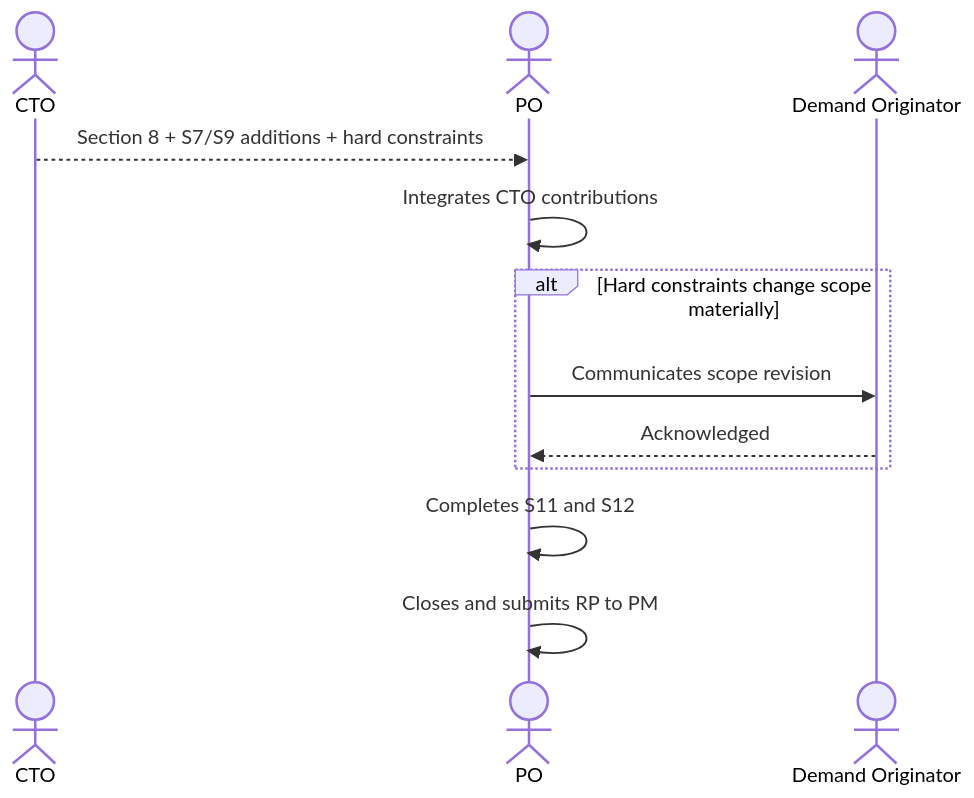
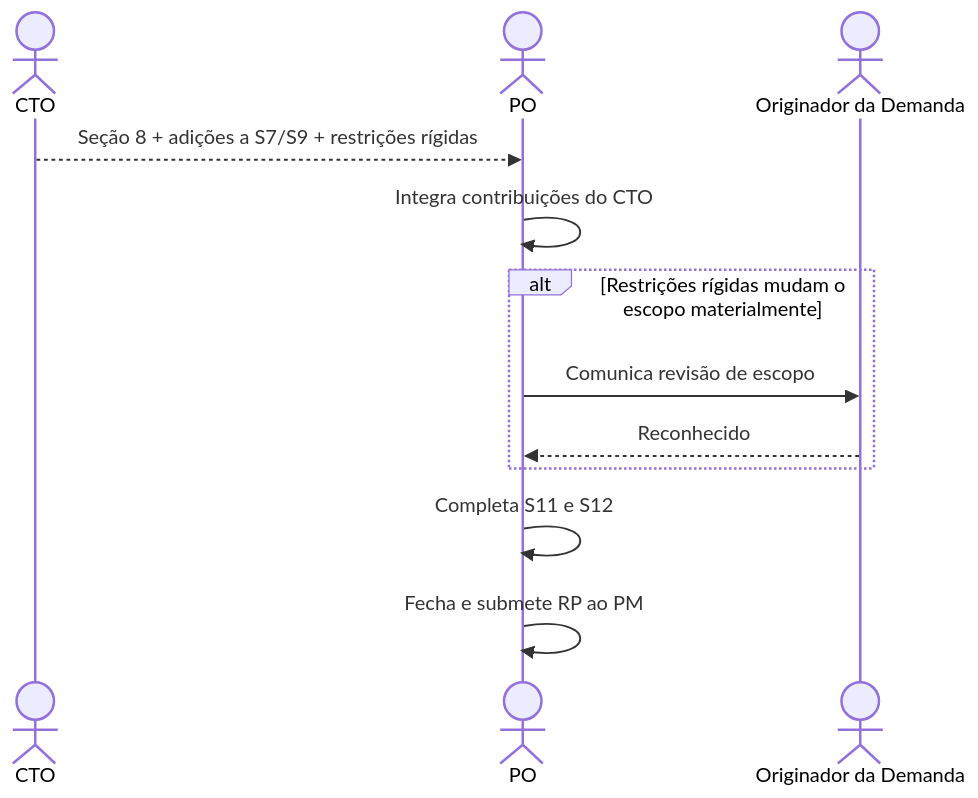
Before and after one commit to hugo-hsbtech/teamwork-process: the diagram in interactions/06-cto-to-po.md, drawn with Mermaid. The commit also changed other lines of this file and 64 other files, not shown here.

````diff
--- a/interactions/06-cto-to-po.md
+++ b/interactions/06-cto-to-po.md
@@ -62,17 +62,17 @@
 ```mermaid
 sequenceDiagram
     actor CTO as CTO
     actor PO as PO
-    actor ORIG as Demand Originator
+    actor ORIG as Originador da Demanda
 
-    CTO-->>PO: Section 8 + S7/S9 additions + hard constraints
-    PO->>PO: Integrates CTO contributions
+    CTO-->>PO: Seção 8 + adições a S7/S9 + restrições rígidas
+    PO->>PO: Integra contribuições do CTO
 
-    alt Hard constraints change scope materially
-        PO->>ORIG: Communicates scope revision
-        ORIG-->>PO: Acknowledged
+    alt Restrições rígidas mudam o escopo materialmente
+        PO->>ORIG: Comunica revisão de escopo
+        ORIG-->>PO: Reconhecido
     end
 
-    PO->>PO: Completes S11 and S12
-    PO->>PO: Closes and submits RP to PM
+    PO->>PO: Completa S11 e S12
+    PO->>PO: Fecha e submete RP ao PM
 ```
````
